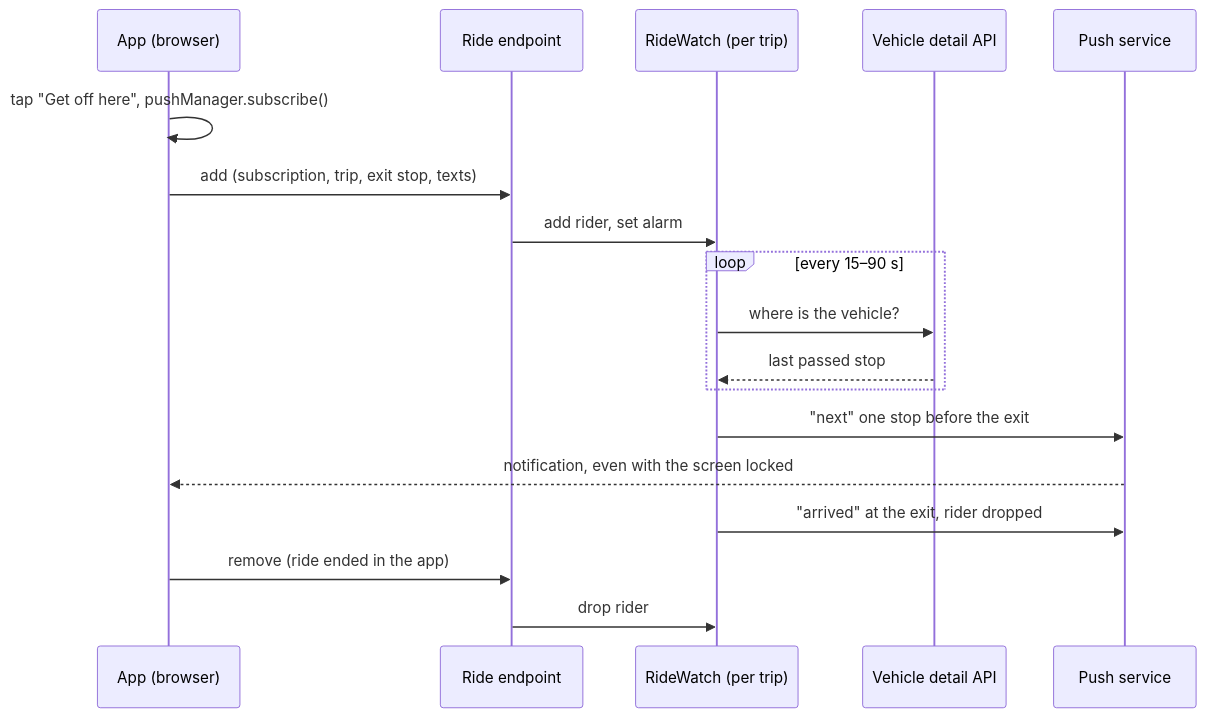
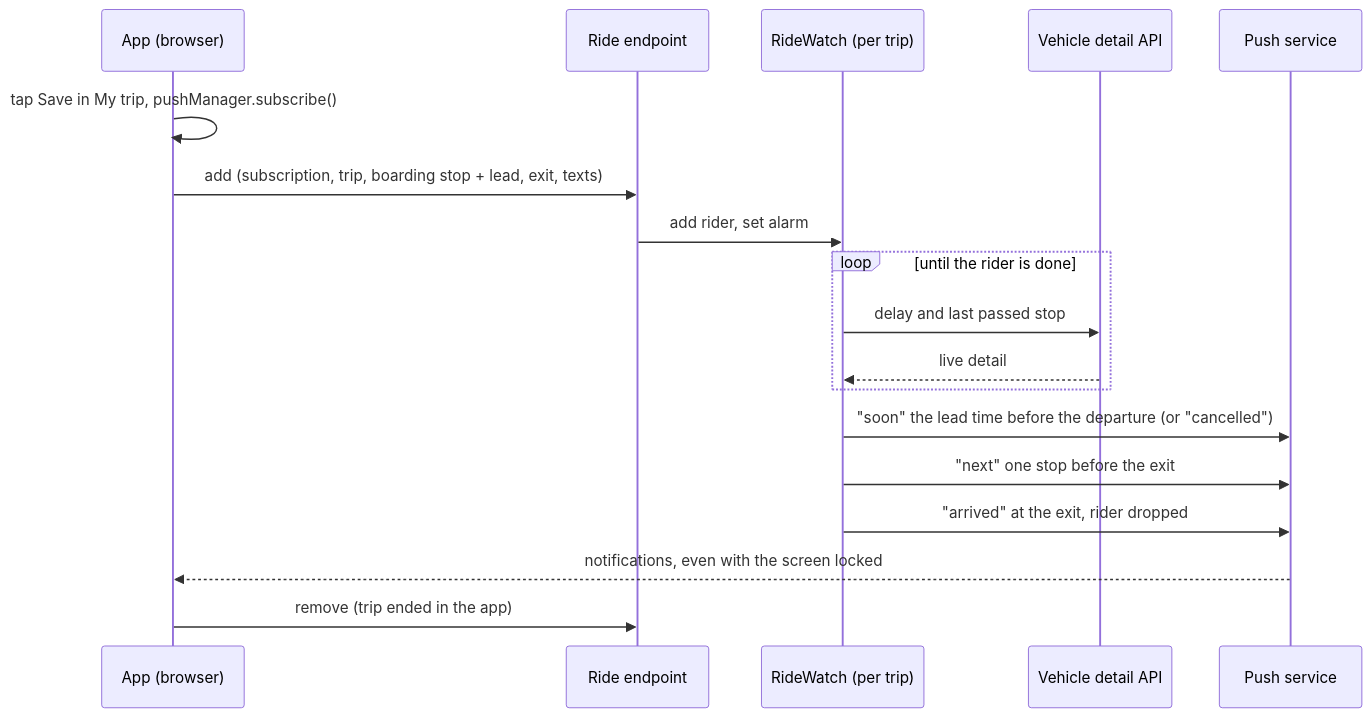
The diagram in docs/ride-notifications.md (Joseph5610/departs-app), drawn with Mermaid before and after one commit. The commit also changed other lines of this file and 60 other files, not shown here.

````diff
--- a/docs/ride-notifications.md
+++ b/docs/ride-notifications.md
@@ -19,21 +32,21 @@
 ```mermaid
 sequenceDiagram
     participant App as App (browser)
     participant API as Ride endpoint
     participant DO as RideWatch (per trip)
     participant Detail as Vehicle detail API
     participant PS as Push service
 
-    App->>App: tap "Get off here", pushManager.subscribe()
-    App->>API: add (subscription, trip, exit stop, texts)
+    App->>App: tap Save in My trip, pushManager.subscribe()
+    App->>API: add (subscription, trip, boarding stop + lead, exit, texts)
     API->>DO: add rider, set alarm
-    loop every 15–90 s
-        DO->>Detail: where is the vehicle?
-        Detail-->>DO: last passed stop
+    loop until the rider is done
+        DO->>Detail: delay and last passed stop
+        Detail-->>DO: live detail
     end
+    DO->>PS: "soon" the lead time before the departure (or "cancelled")
     DO->>PS: "next" one stop before the exit
-    PS-->>App: notification, even with the screen locked
     DO->>PS: "arrived" at the exit, rider dropped
-    App->>API: remove (ride ended in the app)
-    API->>DO: drop rider
+    PS-->>App: notifications, even with the screen locked
+    App->>API: remove (trip ended in the app)
 ```
````
